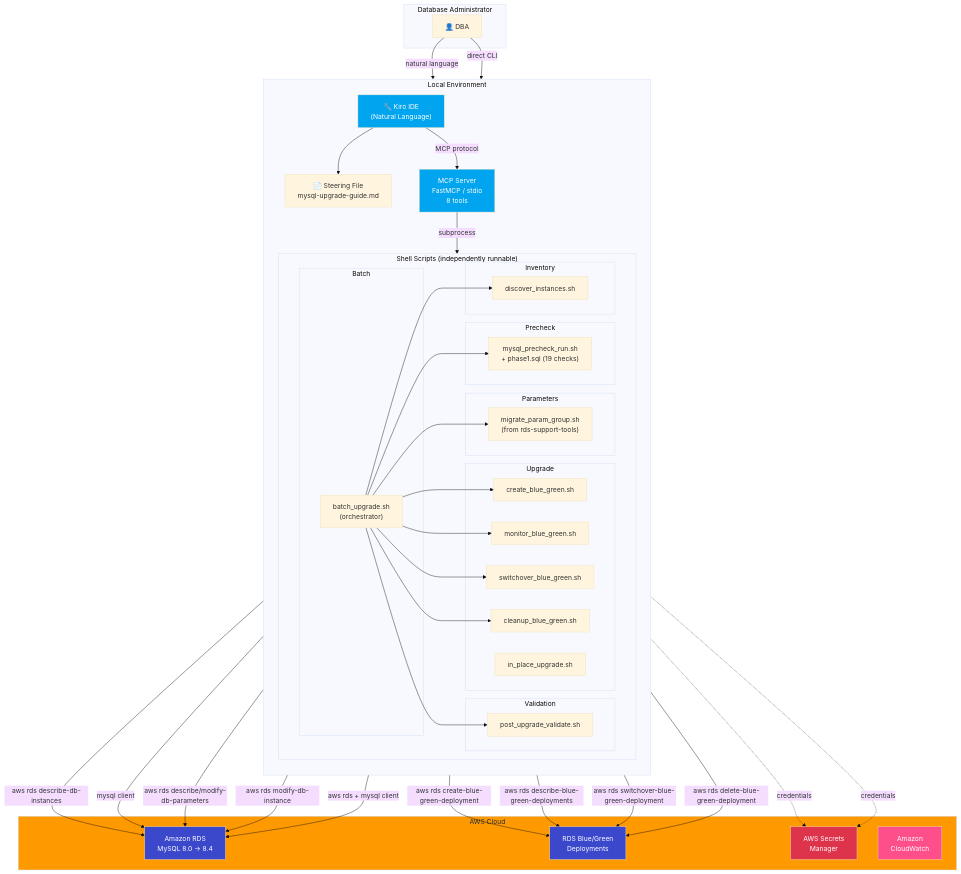
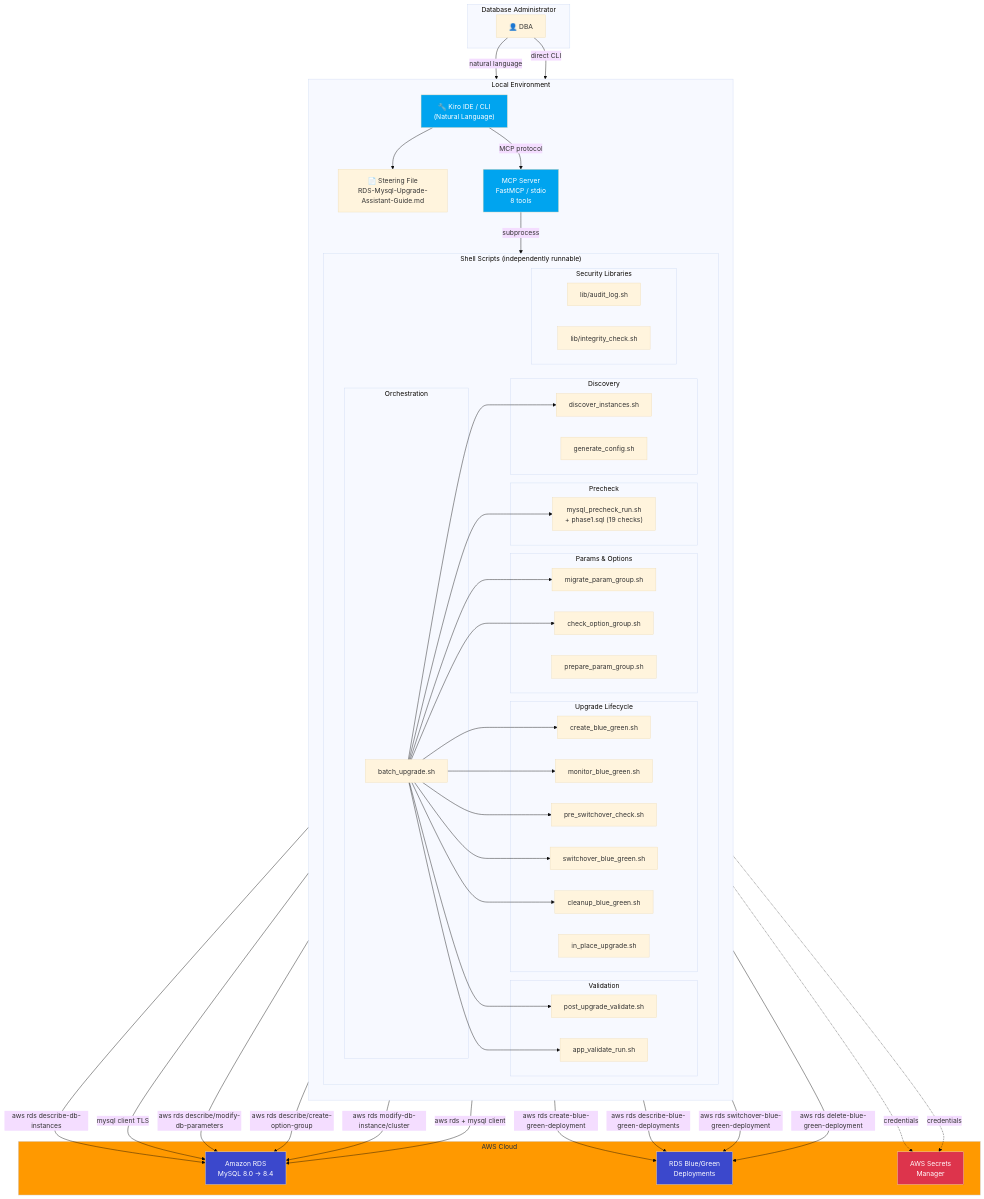
Before and after one commit to aws-samples/sample-rds-mysql-upgrade-assistant: the first of 5 diagrams in docs/architecture-diagrams.md, drawn with Mermaid (base theme). The commit also changed other lines of this file and 2 other files, not shown here.

First line of the commit message:
Update architecture diagrams and remove generate script

````diff
--- a/docs/architecture-diagrams.md
+++ b/docs/architecture-diagrams.md
@@ -10,73 +9,81 @@
 ```mermaid
 graph TB
     subgraph User["Database Administrator"]
         DBA["👤 DBA"]
     end
 
     subgraph Local["Local Environment"]
         direction TB
-        Kiro["🔧 Kiro IDE<br/>(Natural Language)"]
+        Kiro["🔧 Kiro IDE / CLI<br/>(Natural Language)"]
         MCP["MCP Server<br/>FastMCP / stdio<br/>8 tools"]
-        Steering["📄 Steering File<br/>mysql-upgrade-guide.md"]
+        Steering["📄 Steering File<br/>RDS-Mysql-Upgrade-Assistant-Guide.md"]
 
         subgraph Scripts["Shell Scripts (independently runnable)"]
             direction LR
-            subgraph Discovery["Inventory"]
+            subgraph Discovery["Discovery"]
                 S1["discover_instances.sh"]
+                S1b["generate_config.sh"]
             end
             subgraph Precheck["Precheck"]
                 S2["mysql_precheck_run.sh<br/>+ phase1.sql (19 checks)"]
             end
-            subgraph Params["Parameters"]
-                S3["migrate_param_group.sh<br/>(from rds-support-tools)"]
+            subgraph Params["Params & Options"]
+                S3["migrate_param_group.sh"]
+                S3b["prepare_param_group.sh"]
+                S3c["check_option_group.sh"]
             end
-            subgraph Upgrade["Upgrade"]
+            subgraph Upgrade["Upgrade Lifecycle"]
                 S4["create_blue_green.sh"]
                 S5["monitor_blue_green.sh"]
+                S5b["pre_switchover_check.sh"]
                 S6["switchover_blue_green.sh"]
                 S7["in_place_upgrade.sh"]
                 S8["cleanup_blue_green.sh"]
             end
             subgraph Validate["Validation"]
                 S9["post_upgrade_validate.sh"]
+                S9b["app_validate_run.sh"]
             end
-            subgraph Batch["Batch"]
-                S10["batch_upgrade.sh<br/>(orchestrator)"]
+            subgraph Batch["Orchestration"]
+                S10["batch_upgrade.sh"]
+            end
+            subgraph Lib["Security Libraries"]
+                L1["lib/audit_log.sh"]
+                L2["lib/integrity_check.sh"]
             end
         end
     end
 
     subgraph AWS["AWS Cloud"]
         RDS["Amazon RDS<br/>MySQL 8.0 → 8.4"]
         BG["RDS Blue/Green<br/>Deployments"]
         SM["AWS Secrets<br/>Manager"]
-        CW["Amazon<br/>CloudWatch"]
     end
 
     DBA -->|"natural language"| Kiro
     DBA -->|"direct CLI"| Scripts
     Kiro --> Steering
     Kiro -->|"MCP protocol"| MCP
     MCP -->|"subprocess"| Scripts
 
     S1 -->|"aws rds describe-db-instances"| RDS
-    S2 -->|"mysql client"| RDS
+    S2 -->|"mysql client TLS"| RDS
     S3 -->|"aws rds describe/modify-db-parameters"| RDS
+    S3c -->|"aws rds describe/create-option-group"| RDS
     S4 -->|"aws rds create-blue-green-deployment"| BG
     S5 -->|"aws rds describe-blue-green-deployments"| BG
     S6 -->|"aws rds switchover-blue-green-deployment"| BG
-    S7 -->|"aws rds modify-db-instance"| RDS
+    S7 -->|"aws rds modify-db-instance/cluster"| RDS
     S8 -->|"aws rds delete-blue-green-deployment"| BG
     S9 -->|"aws rds + mysql client"| RDS
     S2 -.->|"credentials"| SM
     S9 -.->|"credentials"| SM
-    S10 --> S1 & S2 & S3 & S4 & S5 & S6 & S9 & S8
+    S10 --> S1 & S2 & S3 & S3c & S4 & S5 & S5b & S6 & S9 & S9b & S8
 
     style AWS fill:#FF9900,color:#232F3E
     style RDS fill:#3B48CC,color:white
     style BG fill:#3B48CC,color:white
     style SM fill:#DD344C,color:white
-    style CW fill:#FF4F8B,color:white
     style Kiro fill:#00A4EF,color:white
     style MCP fill:#00A4EF,color:white
 ```
````
